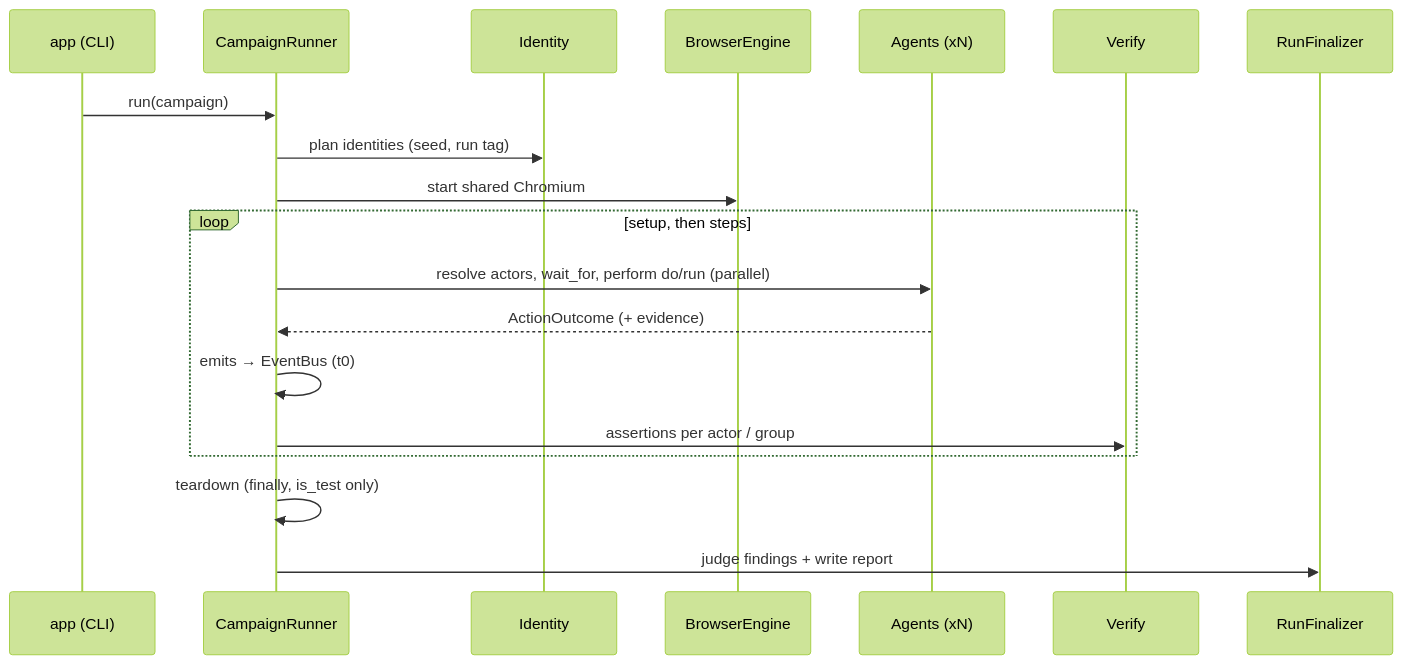
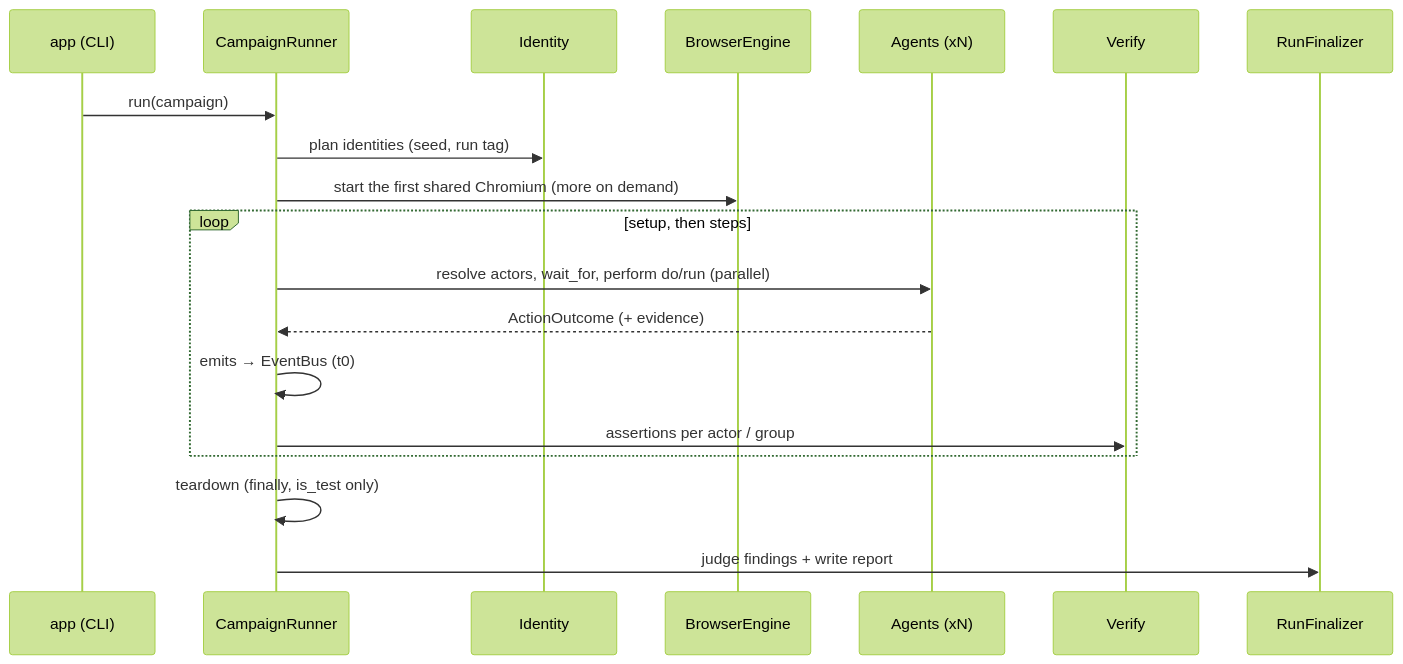
Before and after one commit to aslan564/Petek: the second of 2 diagrams in docs/ARCHITECTURE.md, drawn with Mermaid (forest theme). The commit also changed other lines of this file and 4 other files, not shown here.

````diff
--- a/docs/ARCHITECTURE.md
+++ b/docs/ARCHITECTURE.md
@@ -48,21 +55,21 @@
 ```mermaid
 sequenceDiagram
   participant CLI as app (CLI)
   participant R as CampaignRunner
   participant I as Identity
   participant B as BrowserEngine
   participant A as Agents (xN)
   participant V as Verify
   participant F as RunFinalizer
   CLI->>R: run(campaign)
   R->>I: plan identities (seed, run tag)
-  R->>B: start shared Chromium
+  R->>B: start the first shared Chromium (more on demand)
   loop setup, then steps
     R->>A: resolve actors, wait_for, perform do/run (parallel)
     A-->>R: ActionOutcome (+ evidence)
     R->>R: emits → EventBus (t0)
     R->>V: assertions per actor / group
   end
   R->>R: teardown (finally, is_test only)
   R->>F: judge findings + write report
 ```
````
